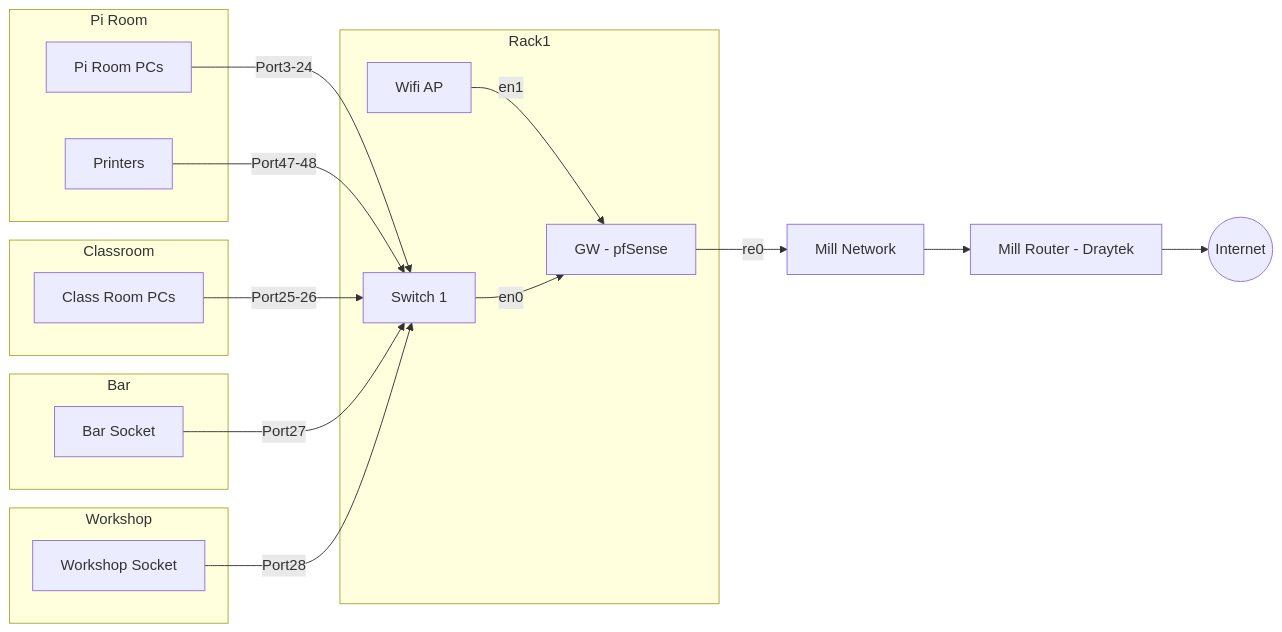
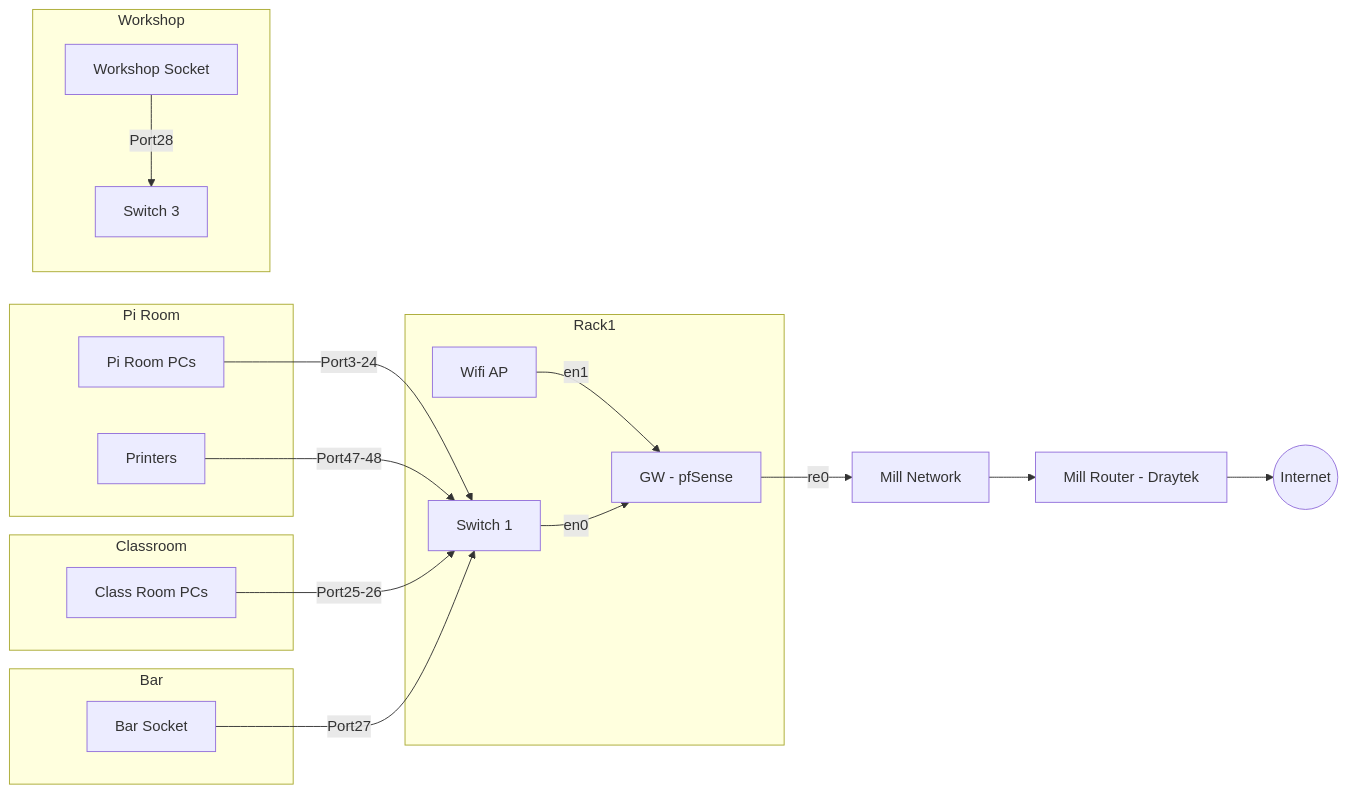
One commit to leigh-hackspace/HackspaceWiki changed the first of 2 diagrams in docs/membership/member_information/network_layout.md. Above: the diagram before and after it, drawn with Mermaid. The commit also changed other lines of this file, not shown here.

````diff
--- a/docs/membership/member_information/network_layout.md
+++ b/docs/membership/member_information/network_layout.md
@@ -16,28 +17,28 @@
 ```mermaid
 graph LR
     subgraph Rack1
     GW[GW - pfSense] 
     AP[Wifi AP] -->|en1| GW
     SWITCH1[Switch 1] -->|en0| GW
     end
 
     GW -->|re0| MILL
     MILL[Mill Network] --> MILLROUTER[Mill Router - Draytek] --> INTERNET((Internet))
     
     subgraph Pi Room
     PIROOMPC[Pi Room PCs] -->|Port3-24| SWITCH1
     PRINTERS[Printers] -->|Port47-48| SWITCH1
     end
 
     subgraph Classroom
     CLASSROOMPC[Class Room PCs] -->|Port25-26| SWITCH1
     end
     
     subgraph Bar
     BAR[Bar Socket] -->|Port27| SWITCH1
     end
     
     subgraph Workshop
-    WORKSHOP[Workshop Socket] --> |Port28| SWITCH1
+    WORKSHOP[Workshop Socket] --> |Port28| SWITCH3[Switch 3]
     end
 ```
````
